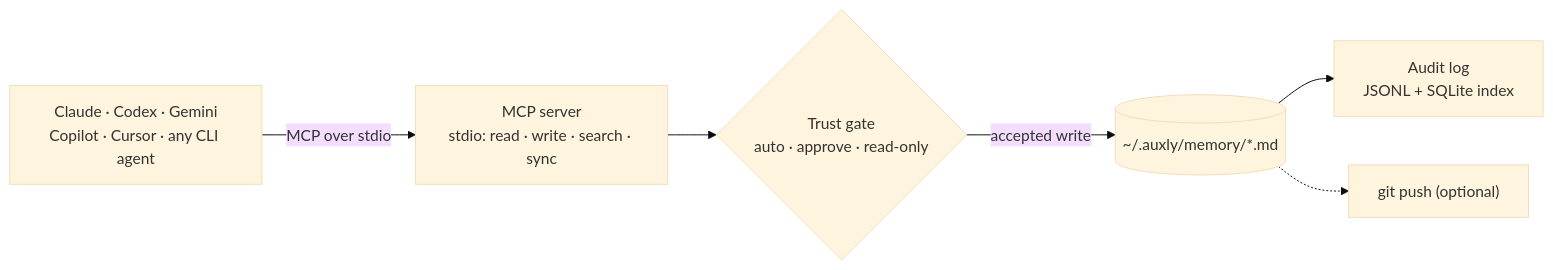
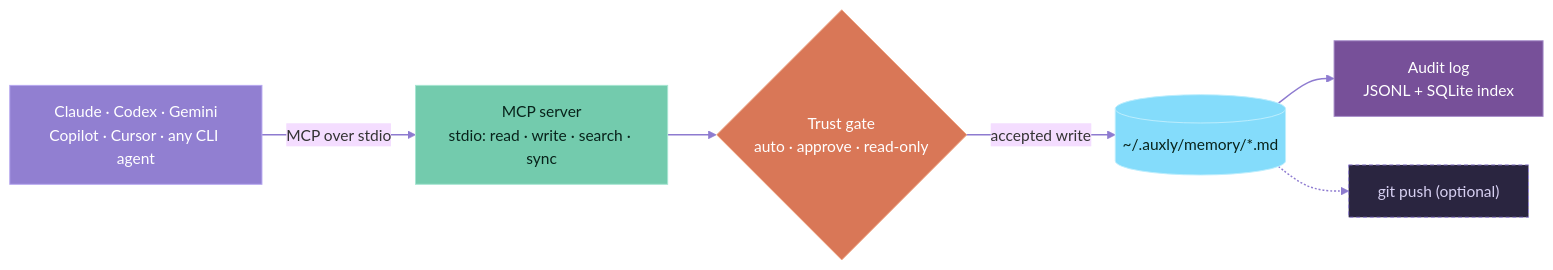
The first of 2 diagrams in README.md (Tzamun-Arabia-IT-Co/auxly-memory-cli), drawn with Mermaid (base theme) before and after one commit. The commit also changed other lines of this file, not shown here.

Commit message:
docs(readme): brand-color the Mermaid flow diagrams (Auxly purple/teal/cyan/clay palette)

````diff
--- a/README.md
+++ b/README.md
@@ -82,15 +82,23 @@
 ```mermaid
 flowchart LR
-    agents["Claude &middot; Codex &middot; Gemini<br/>Copilot &middot; Cursor &middot; any CLI agent"]
-    mcp["MCP server<br/>stdio: read &middot; write &middot; search &middot; sync"]
-    gate{"Trust gate<br/>auto &middot; approve &middot; read-only"}
-    vault[("~/.auxly/memory/*.md")]
-    audit["Audit log<br/>JSONL + SQLite index"]
-    git["git push (optional)"]
+    agents["Claude &middot; Codex &middot; Gemini<br/>Copilot &middot; Cursor &middot; any CLI agent"]:::agents
+    mcp["MCP server<br/>stdio: read &middot; write &middot; search &middot; sync"]:::core
+    gate{"Trust gate<br/>auto &middot; approve &middot; read-only"}:::gate
+    vault[("~/.auxly/memory/*.md")]:::store
+    audit["Audit log<br/>JSONL + SQLite index"]:::audit
+    git["git push (optional)"]:::ghost
 
     agents -->|MCP over stdio| mcp
     mcp --> gate
     gate -->|accepted write| vault
     vault --> audit
     vault -.-> git
+
+    classDef agents fill:#917FD1,stroke:#B7A8F0,color:#ffffff,stroke-width:1px;
+    classDef core fill:#73CBAD,stroke:#A7E6D2,color:#08231B,stroke-width:1px;
+    classDef gate fill:#D97757,stroke:#F0A988,color:#ffffff,stroke-width:1px;
+    classDef store fill:#84DCFB,stroke:#BDEEFD,color:#08231B,stroke-width:1px;
+    classDef audit fill:#775099,stroke:#A88FCB,color:#ffffff,stroke-width:1px;
+    classDef ghost fill:#2A2540,stroke:#917FD1,color:#D7D0F2,stroke-width:1px,stroke-dasharray:4 3;
+    linkStyle default stroke:#8E7BD0,stroke-width:1.5px;
 ```
````
